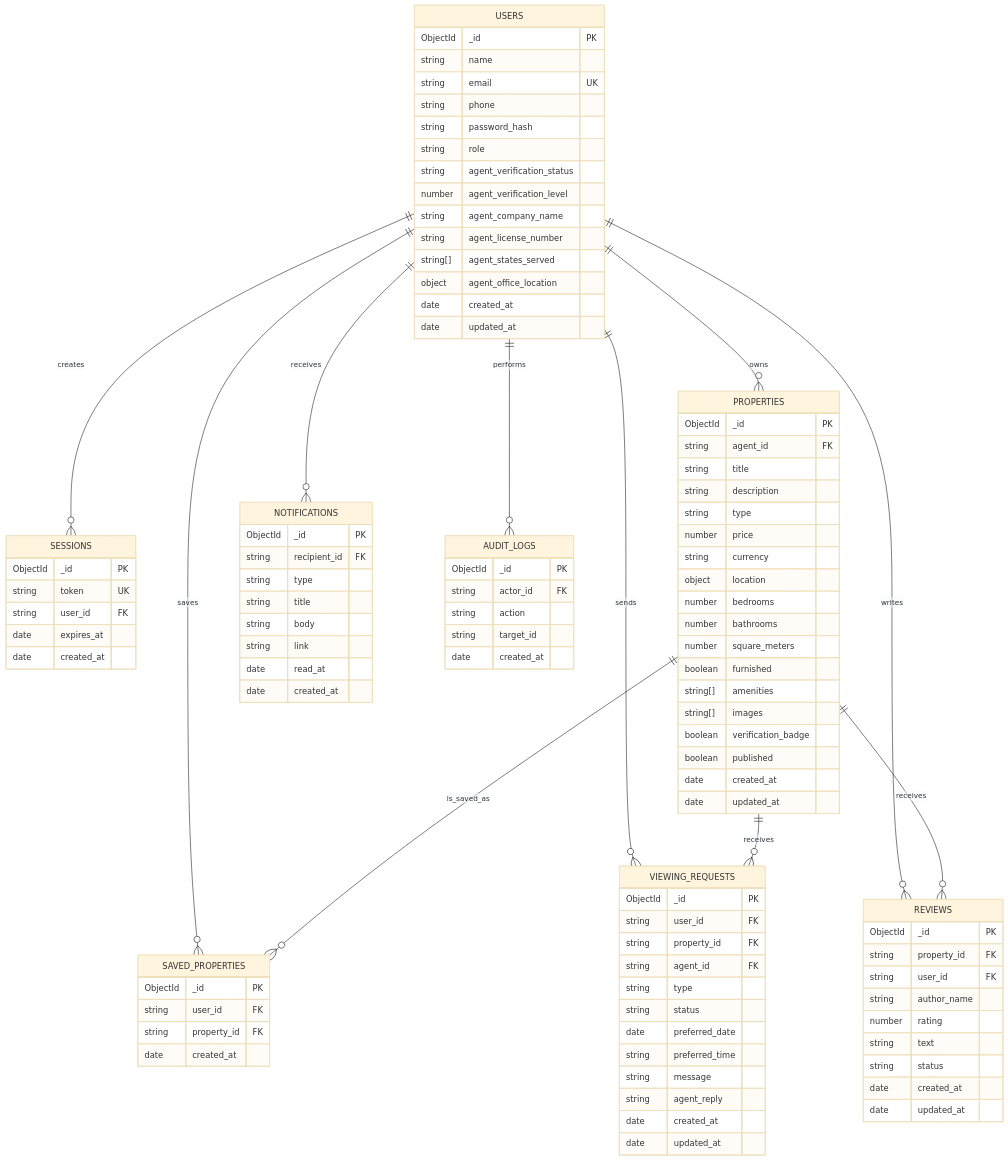
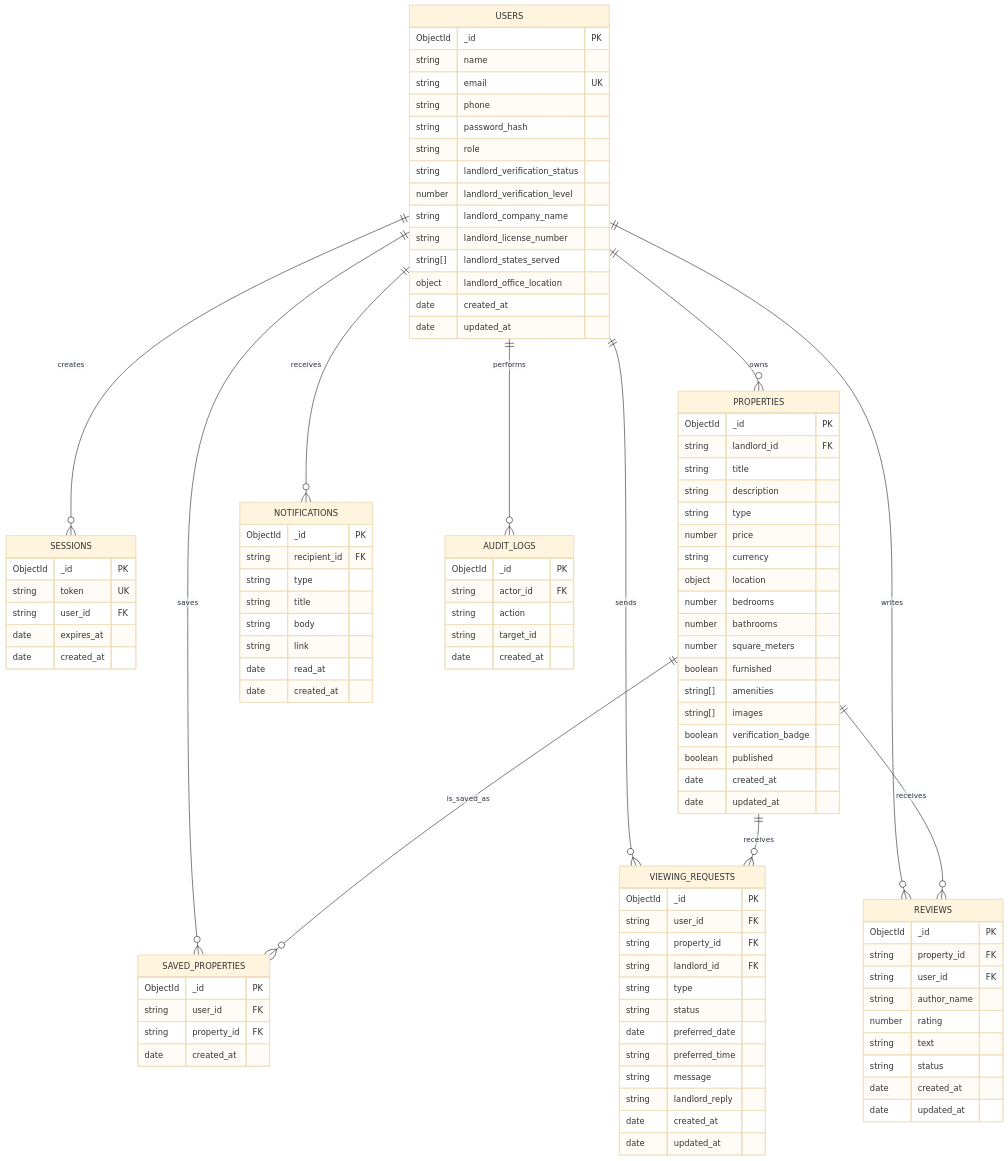
Before and after one commit to Tkay6677/oliv_homes: the fifth of 7 diagrams in docs/oliv-homes.md, drawn with Mermaid (base theme). The commit also changed other lines of this file and 28 other files, not shown here.

```diff
--- a/docs/oliv-homes.md
+++ b/docs/oliv-homes.md
@@ -247,12 +247,12 @@
 		string phone
 		string password_hash
 		string role
-		string agent_verification_status
-		number agent_verification_level
-		string agent_company_name
-		string agent_license_number
-		string[] agent_states_served
-		object agent_office_location
+		string landlord_verification_status
+		number landlord_verification_level
+		string landlord_company_name
+		string landlord_license_number
+		string[] landlord_states_served
+		object landlord_office_location
 		date created_at
 		date updated_at
 	}
@@ -267,7 +267,7 @@
 
 	PROPERTIES {
 		ObjectId _id PK
-		string agent_id FK
+		string landlord_id FK
 		string title
 		string description
 		string type
@@ -297,13 +297,13 @@
 		ObjectId _id PK
 		string user_id FK
 		string property_id FK
-		string agent_id FK
+		string landlord_id FK
 		string type
 		string status
 		date preferred_date
 		string preferred_time
 		string message
-		string agent_reply
+		string landlord_reply
 		date created_at
 		date updated_at
 	}
```
